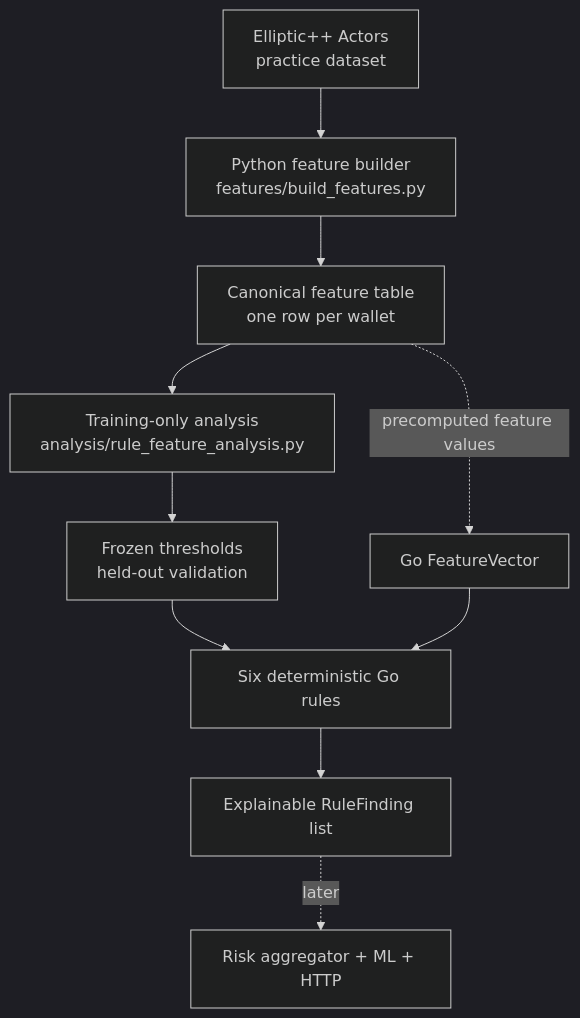
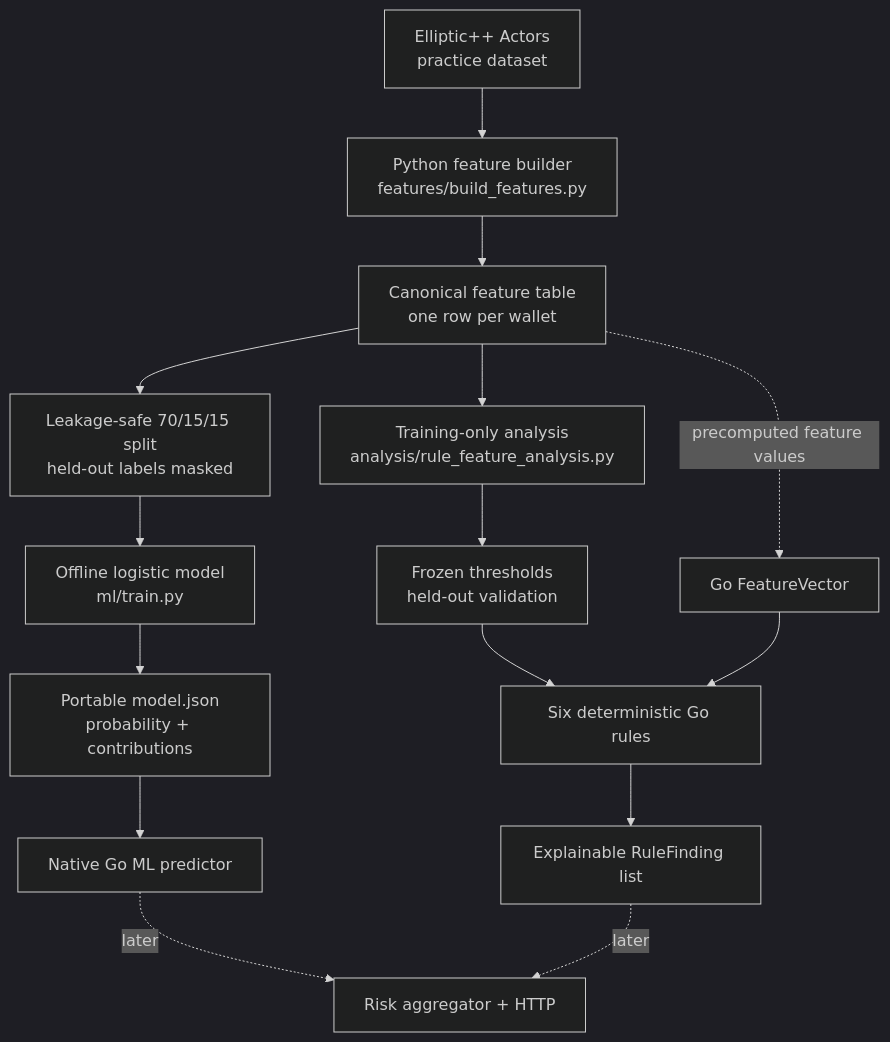
Before and after one commit to arshamhaq/kyt-engine: the second of 2 diagrams in README.md, drawn with Mermaid (dark theme). The commit also changed other lines of this file and 29 other files, not shown here.

````diff
--- a/README.md
+++ b/README.md
@@ -94,12 +134,17 @@
 ```mermaid
 flowchart TB
     E["Elliptic++ Actors<br/>practice dataset"] --> B["Python feature builder<br/>features/build_features.py"]
     B --> C["Canonical feature table<br/>one row per wallet"]
     C --> A["Training-only analysis<br/>analysis/rule_feature_analysis.py"]
     A --> T["Frozen thresholds<br/>held-out validation"]
     T --> R["Six deterministic Go rules"]
+    C --> D["Leakage-safe 70/15/15 split<br/>held-out labels masked"]
+    D --> L["Offline logistic model<br/>ml/train.py"]
+    L --> P["Portable model.json<br/>probability + contributions"]
     C -. "precomputed feature values" .-> V["Go FeatureVector"]
     V --> R
     R --> F["Explainable RuleFinding list"]
-    F -. "later" .-> G["Risk aggregator + ML + HTTP"]
+    P --> M["Native Go ML predictor"]
+    M -. "later" .-> G["Risk aggregator + HTTP"]
+    F -. "later" .-> G
 ```
````
